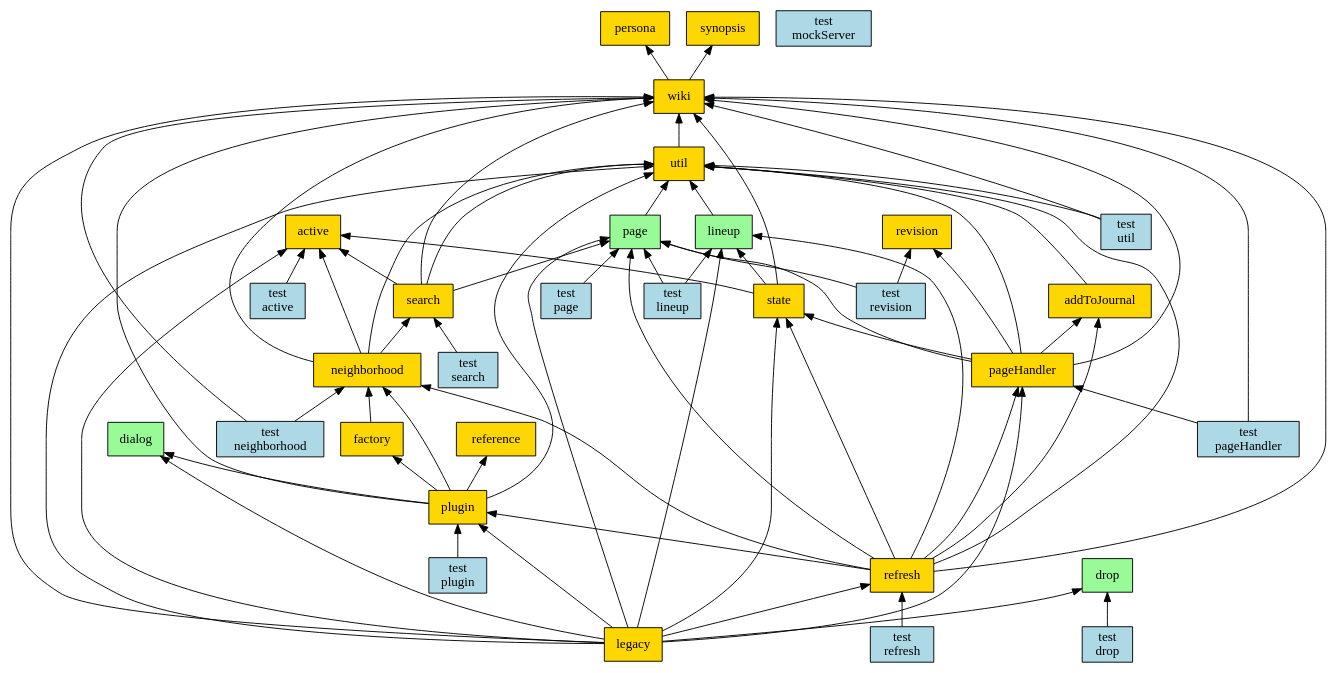
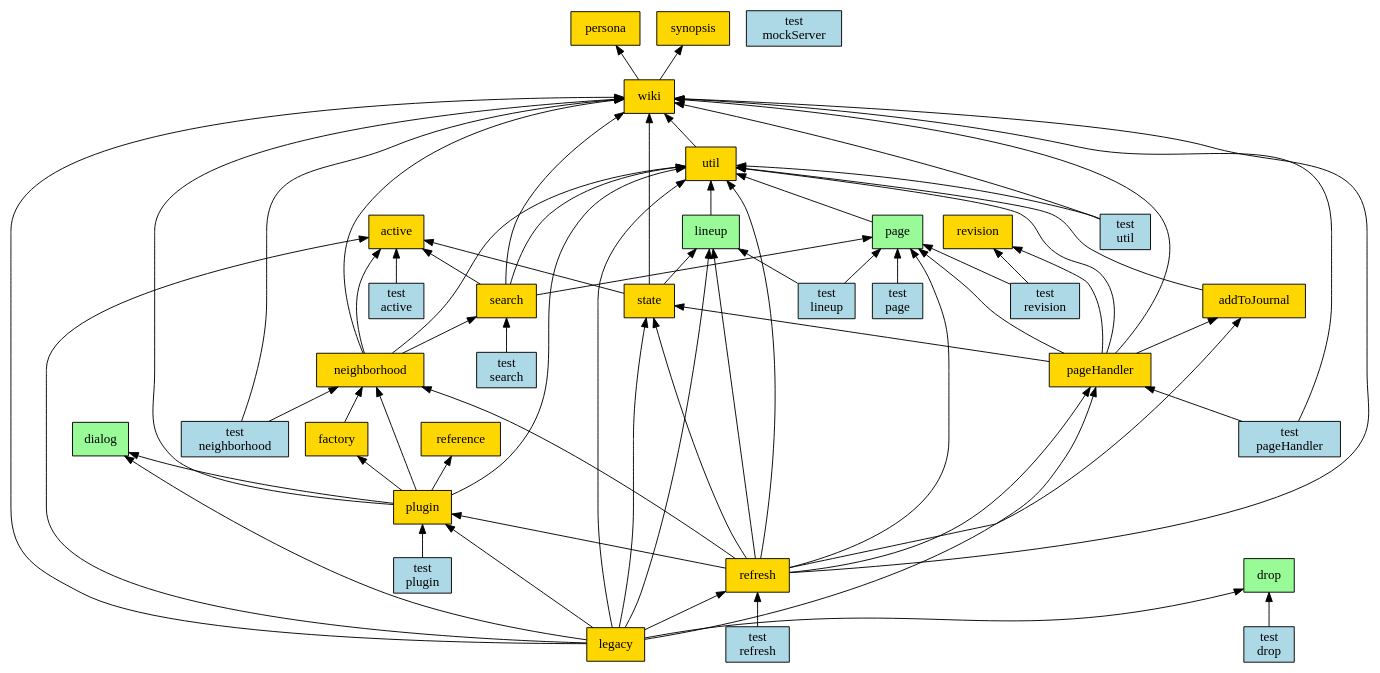
The diagram in scripts/requires-graph.dot (fedwiki/wiki-client), drawn with Graphviz before and after one commit. The commit also changed 1 other file, not shown here.

```diff
--- a/scripts/requires-graph.dot
+++ b/scripts/requires-graph.dot
@@ -1,132 +1,131 @@
 digraph { node [style=filled shape=box];
 
 active [fillcolor=gold];
 
 addToJournal [fillcolor=gold];
 util -> addToJournal [dir=back];
 
 dialog [fillcolor=paleGreen];
 
 drop [fillcolor=paleGreen];
 
 factory [fillcolor=gold];
 neighborhood -> factory [dir=back];
 
 legacy [fillcolor=gold];
 wiki -> legacy [dir=back];
 util -> legacy [dir=back];
 pageHandler -> legacy [dir=back];
 plugin -> legacy [dir=back];
 state -> legacy [dir=back];
 active -> legacy [dir=back];
 refresh -> legacy [dir=back];
-page -> legacy [dir=back];
 lineup -> legacy [dir=back];
 drop -> legacy [dir=back];
 dialog -> legacy [dir=back];
 
 lineup [fillcolor=paleGreen];
 util -> lineup [dir=back];
 
 neighborhood [fillcolor=gold];
 wiki -> neighborhood [dir=back];
 active -> neighborhood [dir=back];
 util -> neighborhood [dir=back];
 search -> neighborhood [dir=back];
 
 page [fillcolor=paleGreen];
 util -> page [dir=back];
 
 pageHandler [fillcolor=gold];
 wiki -> pageHandler [dir=back];
 util -> pageHandler [dir=back];
 state -> pageHandler [dir=back];
 revision -> pageHandler [dir=back];
 addToJournal -> pageHandler [dir=back];
 page -> pageHandler [dir=back];
 
 persona [fillcolor=gold];
 
 plugin [fillcolor=gold];
 util -> plugin [dir=back];
 wiki -> plugin [dir=back];
 dialog -> plugin [dir=back];
 neighborhood -> plugin [dir=back];
 reference -> plugin [dir=back];
 factory -> plugin [dir=back];
 
 reference [fillcolor=gold];
 
 refresh [fillcolor=gold];
 util -> refresh [dir=back];
 pageHandler -> refresh [dir=back];
 page -> refresh [dir=back];
 plugin -> refresh [dir=back];
 state -> refresh [dir=back];
 neighborhood -> refresh [dir=back];
 addToJournal -> refresh [dir=back];
 wiki -> refresh [dir=back];
 lineup -> refresh [dir=back];
 
 revision [fillcolor=gold];
 
 search [fillcolor=gold];
 wiki -> search [dir=back];
 util -> search [dir=back];
 active -> search [dir=back];
 page -> search [dir=back];
 
 state [fillcolor=gold];
 wiki -> state [dir=back];
 active -> state [dir=back];
 lineup -> state [dir=back];
 
 synopsis [fillcolor=gold];
 
 util [fillcolor=gold];
 wiki -> util [dir=back];
 
 wiki [fillcolor=gold];
 synopsis -> wiki [dir=back];
 persona -> wiki [dir=back];
 
 "test\nactive" [fillcolor=lightBlue];
 active -> "test\nactive" [dir=back];
 
 "test\ndrop" [fillcolor=lightBlue];
 drop -> "test\ndrop" [dir=back];
 
 "test\nlineup" [fillcolor=lightBlue];
 lineup -> "test\nlineup" [dir=back];
 page -> "test\nlineup" [dir=back];
 
 "test\nmockServer" [fillcolor=lightBlue];
 
 "test\nneighborhood" [fillcolor=lightBlue];
 wiki -> "test\nneighborhood" [dir=back];
 neighborhood -> "test\nneighborhood" [dir=back];
 
 "test\npage" [fillcolor=lightBlue];
 page -> "test\npage" [dir=back];
 
 "test\npageHandler" [fillcolor=lightBlue];
 wiki -> "test\npageHandler" [dir=back];
 pageHandler -> "test\npageHandler" [dir=back];
 
 "test\nplugin" [fillcolor=lightBlue];
 plugin -> "test\nplugin" [dir=back];
 
 "test\nrefresh" [fillcolor=lightBlue];
 refresh -> "test\nrefresh" [dir=back];
 
 "test\nrevision" [fillcolor=lightBlue];
 page -> "test\nrevision" [dir=back];
 revision -> "test\nrevision" [dir=back];
 
 "test\nsearch" [fillcolor=lightBlue];
 search -> "test\nsearch" [dir=back];
 
 "test\nutil" [fillcolor=lightBlue];
 wiki -> "test\nutil" [dir=back];
 util -> "test\nutil" [dir=back];
 }
```
